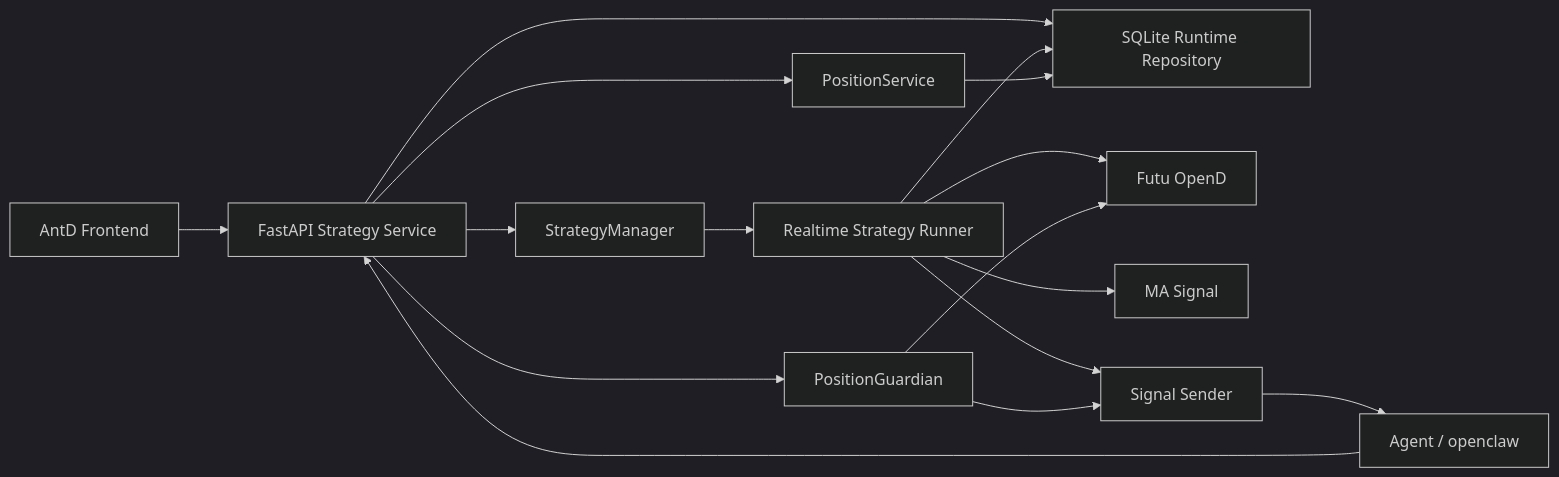
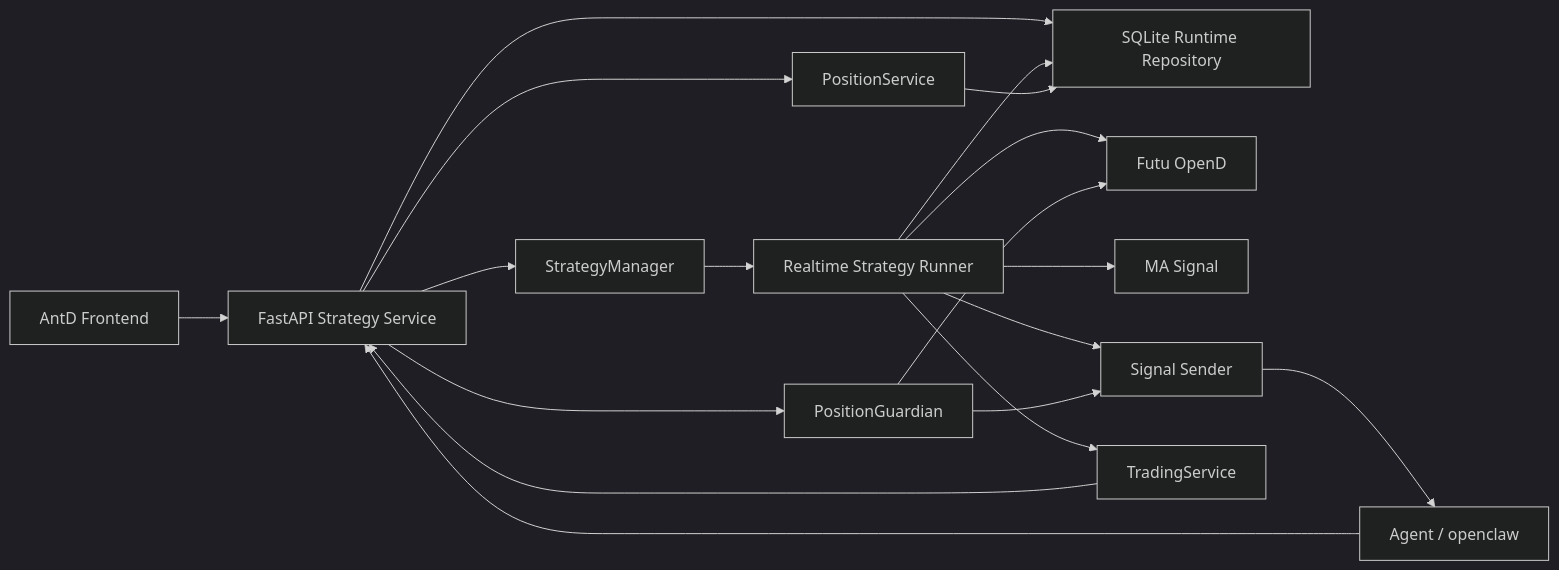
The first of 4 diagrams in docs/STRATEGY_ARCHITECTURE.md (JasperLai/quant-trading-system), drawn with Mermaid (dark theme) before and after one commit. The commit also changed other lines of this file and 7 other files, not shown here.

````diff
--- a/docs/STRATEGY_ARCHITECTURE.md
+++ b/docs/STRATEGY_ARCHITECTURE.md
@@ -29,18 +30,20 @@
 ```mermaid
 flowchart LR
     UI["AntD Frontend"] --> API["FastAPI Strategy Service"]
     API --> SM["StrategyManager"]
     API --> PS["PositionService"]
     API --> PG["PositionGuardian"]
     API --> REPO["SQLite Runtime Repository"]
     SM --> RT["Realtime Strategy Runner"]
     RT --> OD["Futu OpenD"]
     RT --> SG["MA Signal"]
     RT --> SS["Signal Sender"]
+    RT --> TS["TradingService"]
     RT --> REPO
     PG --> OD
     PG --> SS
     PS --> REPO
     SS --> AG["Agent / openclaw"]
     AG --> API
+    TS --> API
 ```
````
